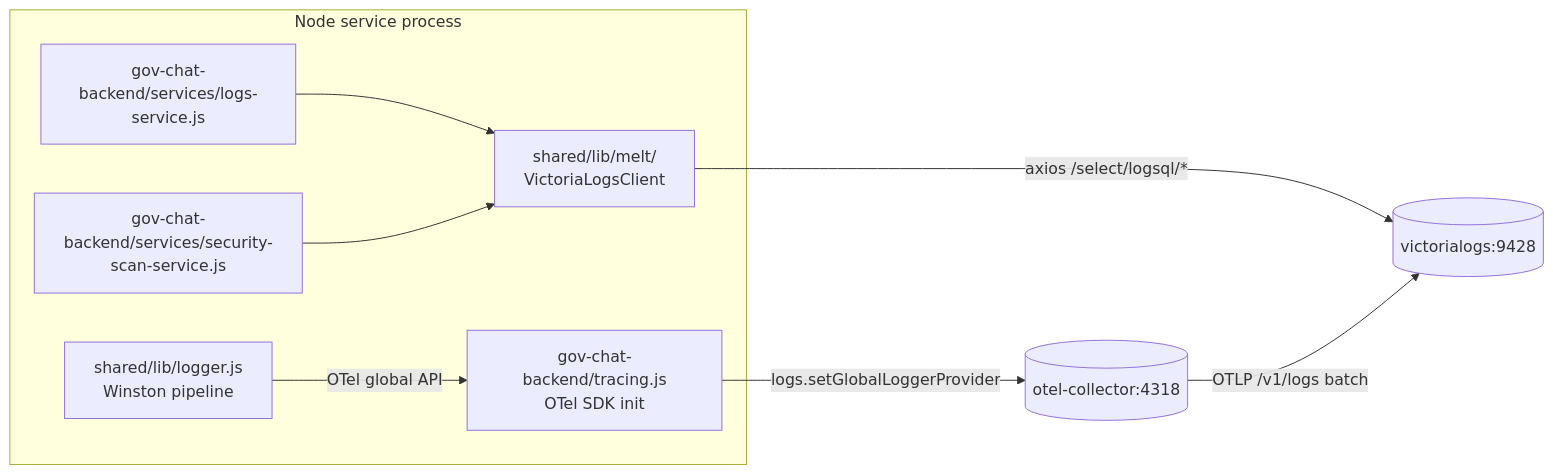
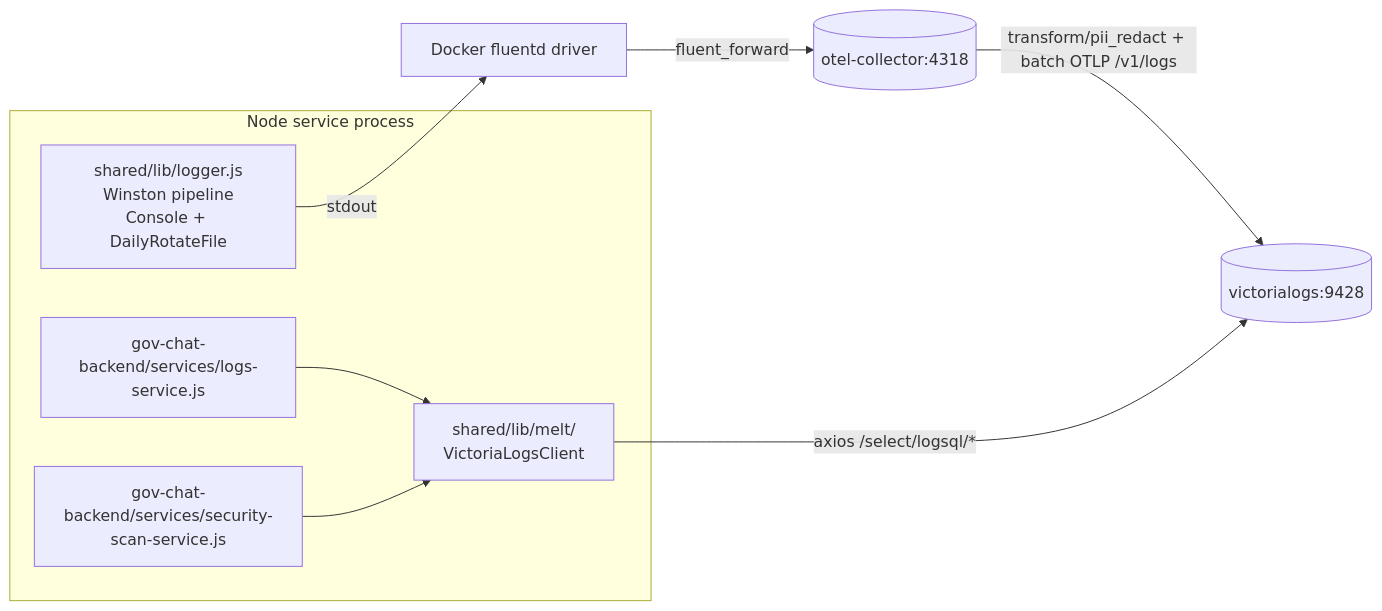
One commit to jrevillard/genie-ai-replica changed the first of 2 diagrams in _bmad-output/architecture/architecture-genieai-2026-08-31/ARCHITECTURE-SPINE.md. Above: the diagram before and after it, drawn with Mermaid. The commit also changed other lines of this file and 6 other files, not shown here.

````diff
--- a/_bmad-output/architecture/architecture-genieai-2026-08-31/ARCHITECTURE-SPINE.md
+++ b/_bmad-output/architecture/architecture-genieai-2026-08-31/ARCHITECTURE-SPINE.md
@@ -190,17 +178,16 @@
 ```mermaid
 graph LR
   subgraph Node service process
-    LOGGER[shared/lib/logger.js<br/>Winston pipeline]
+    LOGGER[shared/lib/logger.js<br/>Winston pipeline<br/>Console + DailyRotateFile]
     LOGS_SVC[gov-chat-backend/services/logs-service.js]
     SCAN_SVC[gov-chat-backend/services/security-scan-service.js]
-    TRACING[gov-chat-backend/tracing.js<br/>OTel SDK init]
     MELT[shared/lib/melt/<br/>VictoriaLogsClient]
   end
 
-  LOGGER -->|OTel global API| TRACING
-  TRACING -->|logs.setGlobalLoggerProvider| OTEL[(otel-collector:4318)]
+  LOGGER -->|stdout| DOCKER[Docker fluentd driver]
+  DOCKER -->|fluent_forward| OTEL[(otel-collector:4318)]
+  OTEL -->|transform/pii_redact + batch OTLP /v1/logs| VL[(victorialogs:9428)]
   LOGS_SVC --> MELT
   SCAN_SVC --> MELT
-  MELT -->|axios /select/logsql/*| VL[(victorialogs:9428)]
-  OTEL -->|OTLP /v1/logs batch| VL
+  MELT -->|axios /select/logsql/*| VL
 ```
````
